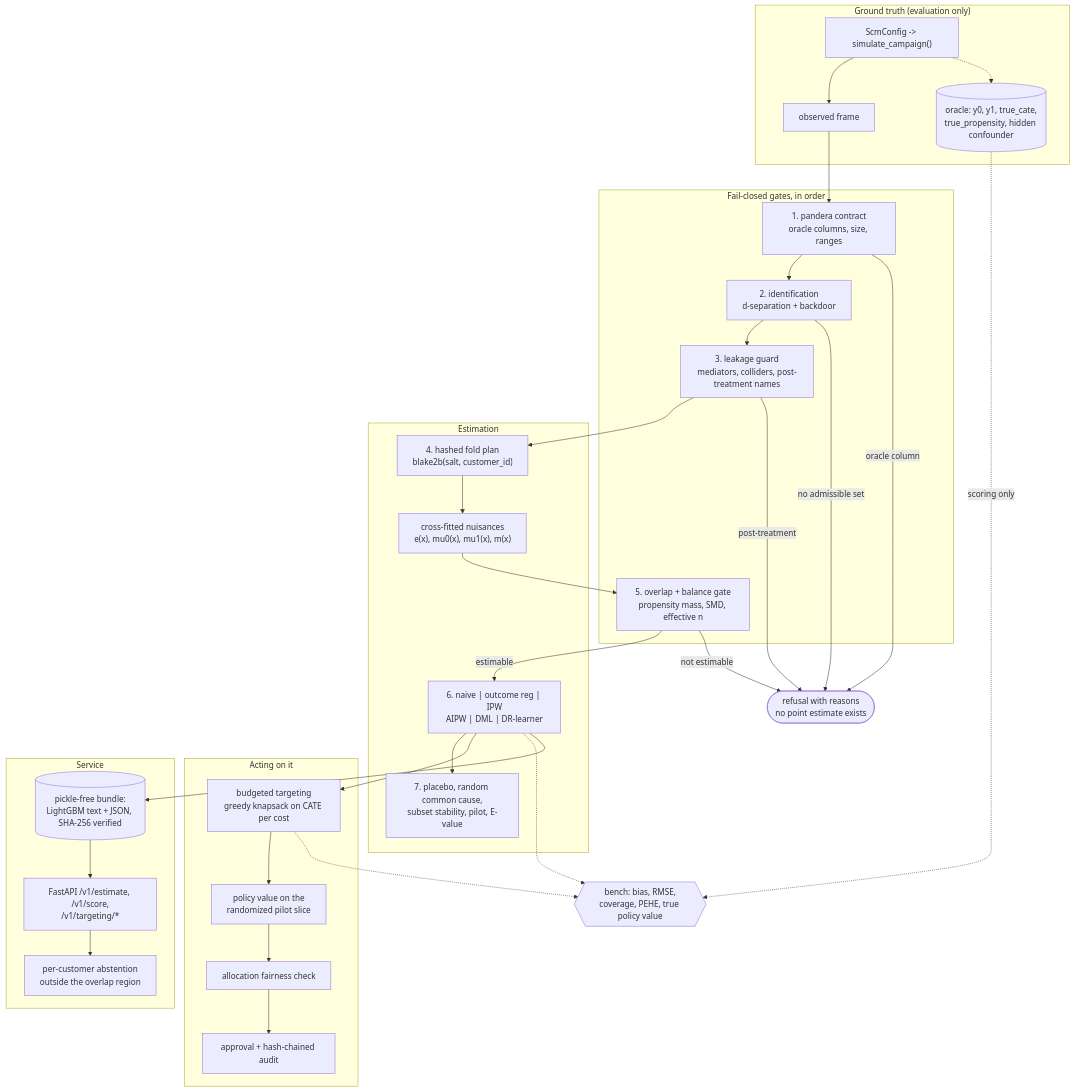
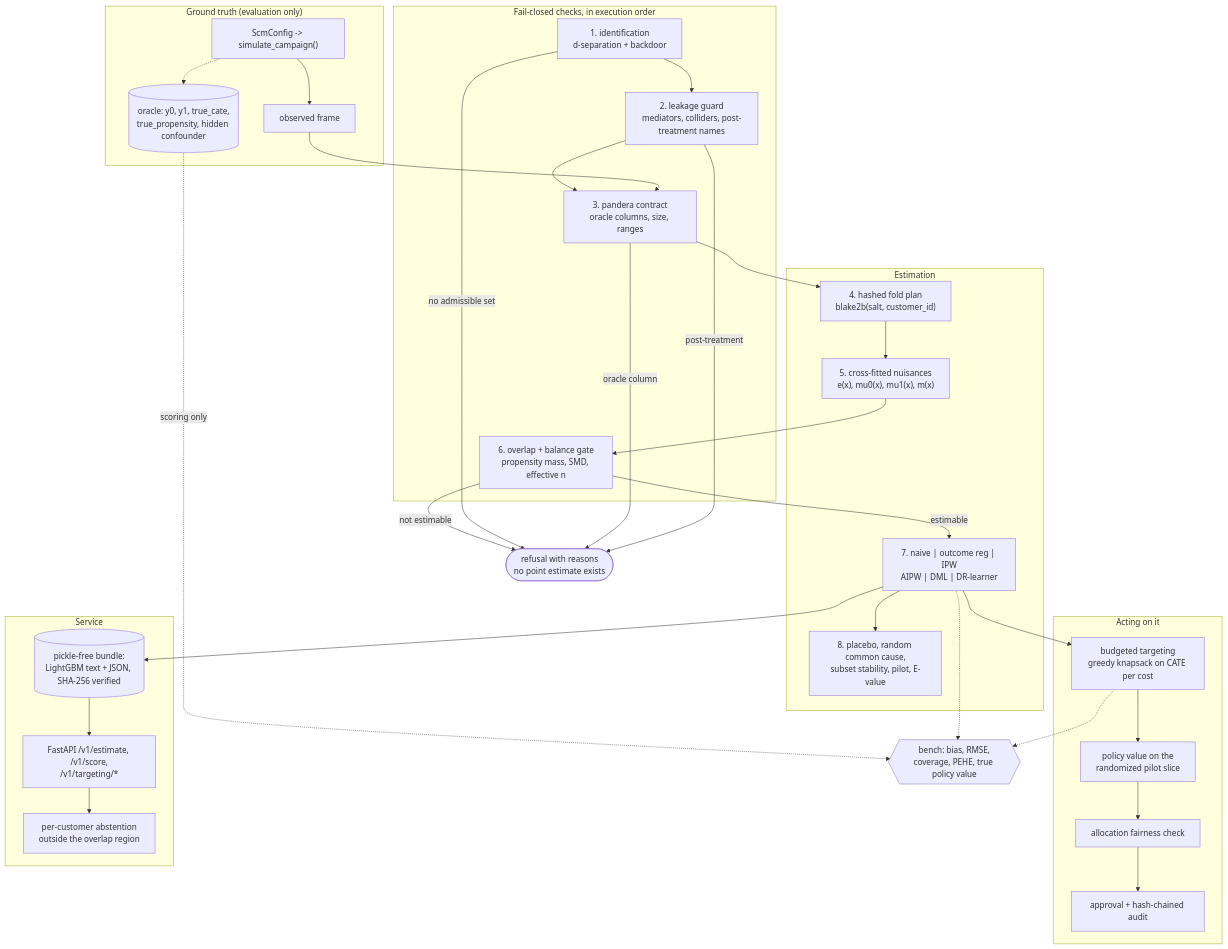
Before and after one commit to rouviere-german/double-ml-uplift: the diagram in README.md, drawn with Mermaid. The commit also changed other lines of this file, not shown here.

````diff
--- a/README.md
+++ b/README.md
@@ -43,47 +58,48 @@
 ```mermaid
 flowchart TB
     subgraph data["Ground truth (evaluation only)"]
         scm["ScmConfig -> simulate_campaign()"]
         scm --> frame["observed frame"]
         scm -.-> oracle[("oracle: y0, y1, true_cate,<br/>true_propensity, hidden confounder")]
     end
 
-    subgraph gates["Fail-closed gates, in order"]
-        contract["1. pandera contract<br/>oracle columns, size, ranges"]
-        ident["2. identification<br/>d-separation + backdoor"]
-        leak["3. leakage guard<br/>mediators, colliders, post-treatment names"]
-        overlap["5. overlap + balance gate<br/>propensity mass, SMD, effective n"]
+    subgraph gates["Fail-closed checks, in execution order"]
+        ident["1. identification<br/>d-separation + backdoor"]
+        leak["2. leakage guard<br/>mediators, colliders, post-treatment names"]
+        contract["3. pandera contract<br/>oracle columns, size, ranges"]
+        overlap["6. overlap + balance gate<br/>propensity mass, SMD, effective n"]
     end
 
     subgraph fit["Estimation"]
         folds["4. hashed fold plan<br/>blake2b(salt, customer_id)"]
-        nuis["cross-fitted nuisances<br/>e(x), mu0(x), mu1(x), m(x)"]
-        est["6. naive | outcome reg | IPW<br/>AIPW | DML | DR-learner"]
-        refute["7. placebo, random common cause,<br/>subset stability, pilot, E-value"]
+        nuis["5. cross-fitted nuisances<br/>e(x), mu0(x), mu1(x), m(x)"]
+        est["7. naive | outcome reg | IPW<br/>AIPW | DML | DR-learner"]
+        refute["8. placebo, random common cause,<br/>subset stability, pilot, E-value"]
     end
 
     subgraph act["Acting on it"]
         target["budgeted targeting<br/>greedy knapsack on CATE per cost"]
         value["policy value on the<br/>randomized pilot slice"]
         fair["allocation fairness check"]
         approve["approval + hash-chained audit"]
     end
 
-    frame --> contract --> ident --> leak --> folds --> nuis --> overlap
+    ident --> leak --> contract
+    frame --> contract --> folds --> nuis --> overlap
     overlap -->|estimable| est --> refute
     overlap -->|"not estimable"| refusal(["refusal with reasons<br/>no point estimate exists"])
     ident -->|"no admissible set"| refusal
     contract -->|"oracle column"| refusal
     leak -->|"post-treatment"| refusal
     est --> target --> value --> fair --> approve
     oracle -.->|scoring only| score{{"bench: bias, RMSE,<br/>coverage, PEHE, true policy value"}}
     est -.-> score
     target -.-> score
 
     subgraph serve["Service"]
         api["FastAPI /v1/estimate, /v1/score,<br/>/v1/targeting/*"]
         bundle[("pickle-free bundle:<br/>LightGBM text + JSON, SHA-256 verified")]
         abstain["per-customer abstention<br/>outside the overlap region"]
     end
     est --> bundle --> api --> abstain
 ```
````
